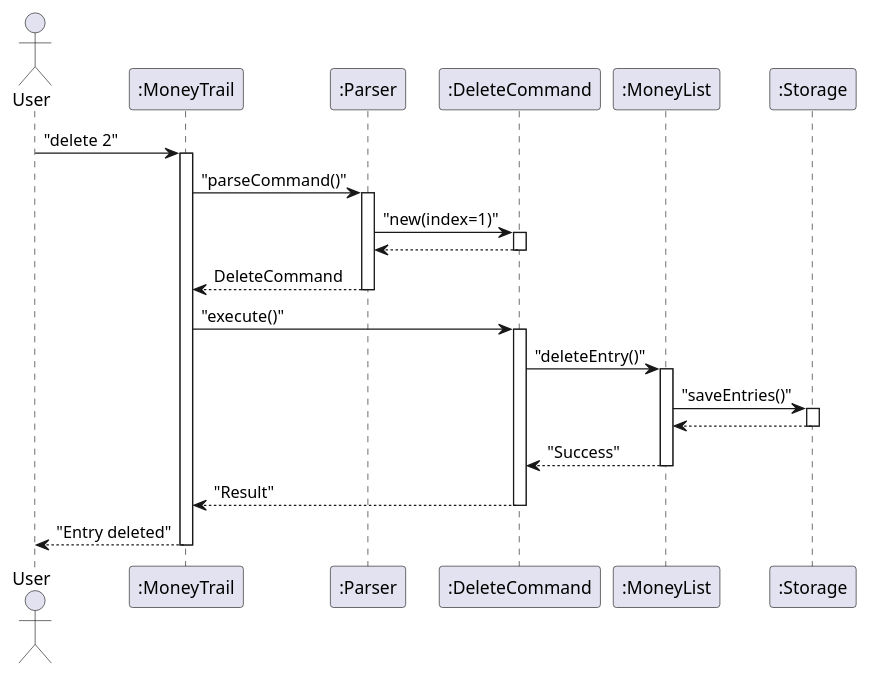
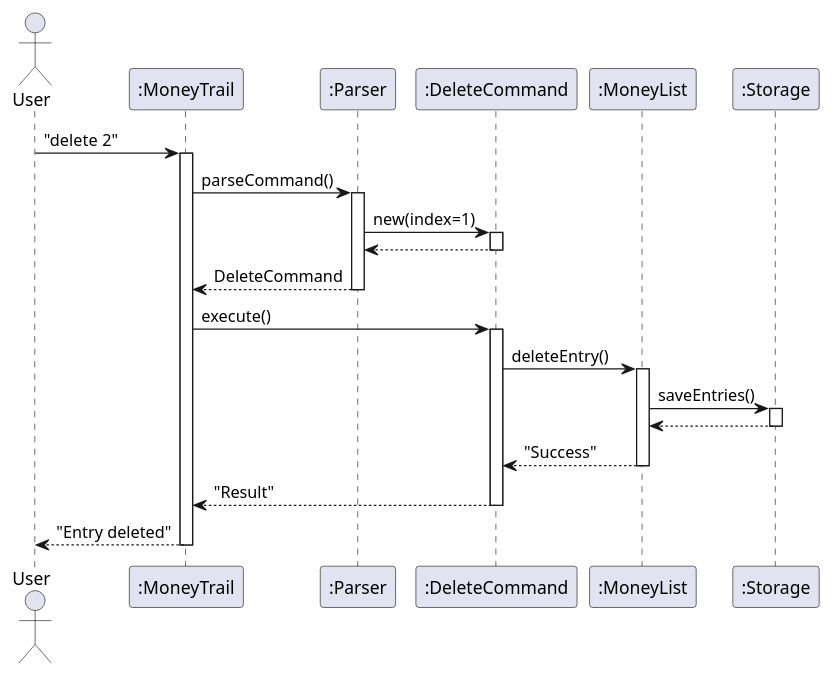
One commit to EdwinTun98/tp changed the diagram in docs/diagrams/Delete_Seq.puml. Above: the diagram before and after it, drawn with PlantUML. The commit also changed 17 other files, not shown here.

```diff
--- a/docs/diagrams/Delete_Seq.puml
+++ b/docs/diagrams/Delete_Seq.puml
@@ -1,34 +1,34 @@
 @startuml Delete_Sequence_Activation
 actor User
 participant MoneyTrail as ":MoneyTrail"
 participant Parser as ":Parser"
 participant DeleteCommand as ":DeleteCommand"
 participant MoneyList as ":MoneyList"
 participant Storage as ":Storage"
 
 User -> MoneyTrail : "delete 2"
 activate MoneyTrail
-MoneyTrail -> Parser : "parseCommand()"
+MoneyTrail -> Parser : parseCommand()
 activate Parser
-Parser -> DeleteCommand : "new(index=1)"
+Parser -> DeleteCommand : new(index=1)
 activate DeleteCommand
 DeleteCommand --> Parser
 deactivate DeleteCommand
 Parser --> MoneyTrail : DeleteCommand
 deactivate Parser
 
-MoneyTrail -> DeleteCommand : "execute()"
+MoneyTrail -> DeleteCommand : execute()
 activate DeleteCommand
-DeleteCommand -> MoneyList : "deleteEntry()"
+DeleteCommand -> MoneyList : deleteEntry()
 activate MoneyList
-MoneyList -> Storage : "saveEntries()"
+MoneyList -> Storage : saveEntries()
 activate Storage
 Storage --> MoneyList
 deactivate Storage
 MoneyList --> DeleteCommand : "Success"
 deactivate MoneyList
 DeleteCommand --> MoneyTrail : "Result"
 deactivate DeleteCommand
 MoneyTrail --> User : "Entry deleted"
 deactivate MoneyTrail
 @enduml
```
